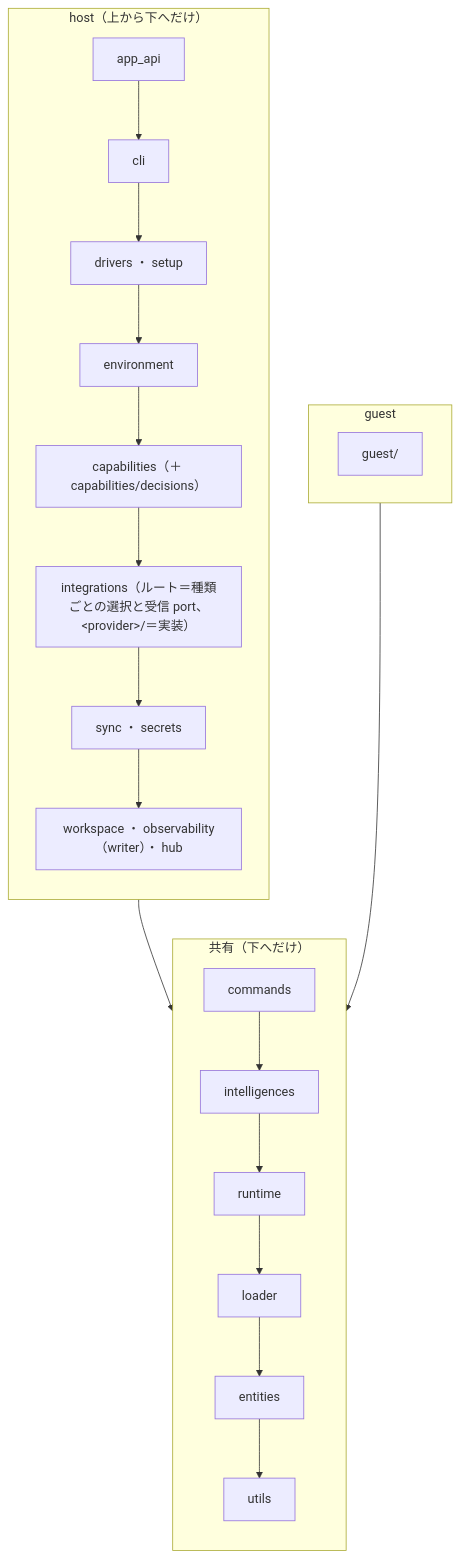
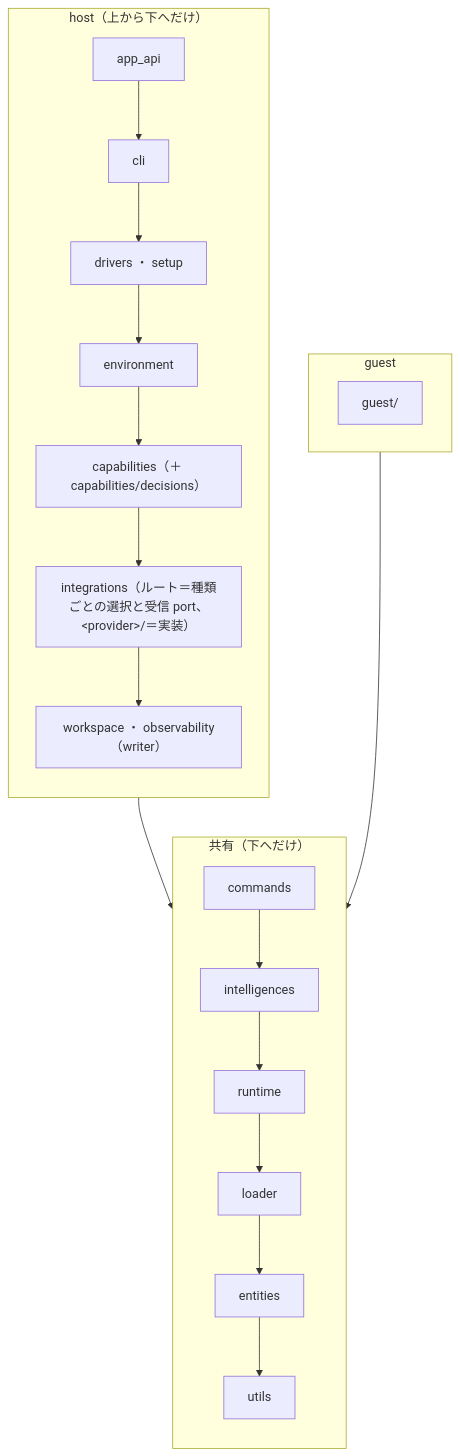
The diagram in AGENTS.md (GuildBotics/GuildBotics), drawn with Mermaid before and after one commit. The commit also changed other lines of this file and 249 other files, not shown here.

````diff
--- a/AGENTS.md
+++ b/AGENTS.md
@@ -43,24 +44,23 @@
 ```mermaid
 flowchart TB
     subgraph Host["host（上から下へだけ）"]
         direction TB
         H0["app_api"]
         H1["cli"]
         H2["drivers ・ setup"]
         H3["environment"]
         H4["capabilities（＋ capabilities/decisions）"]
         H5["integrations（ルート＝種類ごとの選択と受信 port、&lt;provider&gt;/＝実装）"]
-        H6["sync ・ secrets"]
-        H7["workspace ・ observability（writer）・ hub"]
-        H0 --> H1 --> H2 --> H3 --> H4 --> H5 --> H6 --> H7
+        H6["workspace ・ observability（writer）"]
+        H0 --> H1 --> H2 --> H3 --> H4 --> H5 --> H6
     end
     subgraph Guest["guest"]
         G["guest/"]
     end
     subgraph Shared["共有（下へだけ）"]
         direction TB
         S1["commands"] --> S2["intelligences"] --> S3["runtime"] --> S4["loader"] --> S5["entities"] --> S6["utils"]
     end
     Host --> Shared
     Guest --> Shared
 ```
````
